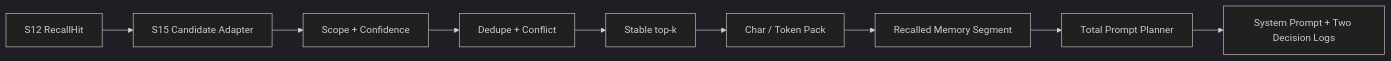
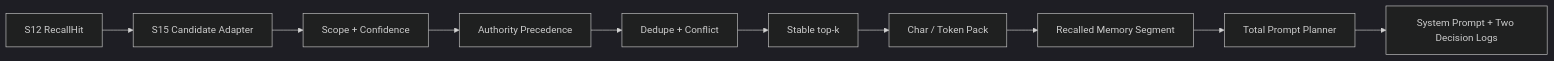
Before and after one commit to Zenquan/learn-workbuddy: the diagram in s15_prompt_assembly/README.md, drawn with Mermaid (dark theme). The commit also changed other lines of this file and 4 other files, not shown here.

````diff
--- a/s15_prompt_assembly/README.md
+++ b/s15_prompt_assembly/README.md
@@ -45,11 +46,12 @@
 ```mermaid
 flowchart LR
     A["S12 RecallHit"] --> B["S15 Candidate Adapter"]
     B --> C["Scope + Confidence"]
-    C --> D["Dedupe + Conflict"]
-    D --> E["Stable top-k"]
-    E --> F["Char / Token Pack"]
-    F --> G["Recalled Memory Segment"]
-    G --> H["Total Prompt Planner"]
-    H --> I["System Prompt + Two Decision Logs"]
+    C --> D["Authority Precedence"]
+    D --> E["Dedupe + Conflict"]
+    E --> F["Stable top-k"]
+    F --> G["Char / Token Pack"]
+    G --> H["Recalled Memory Segment"]
+    H --> I["Total Prompt Planner"]
+    I --> J["System Prompt + Two Decision Logs"]
 ```
````
